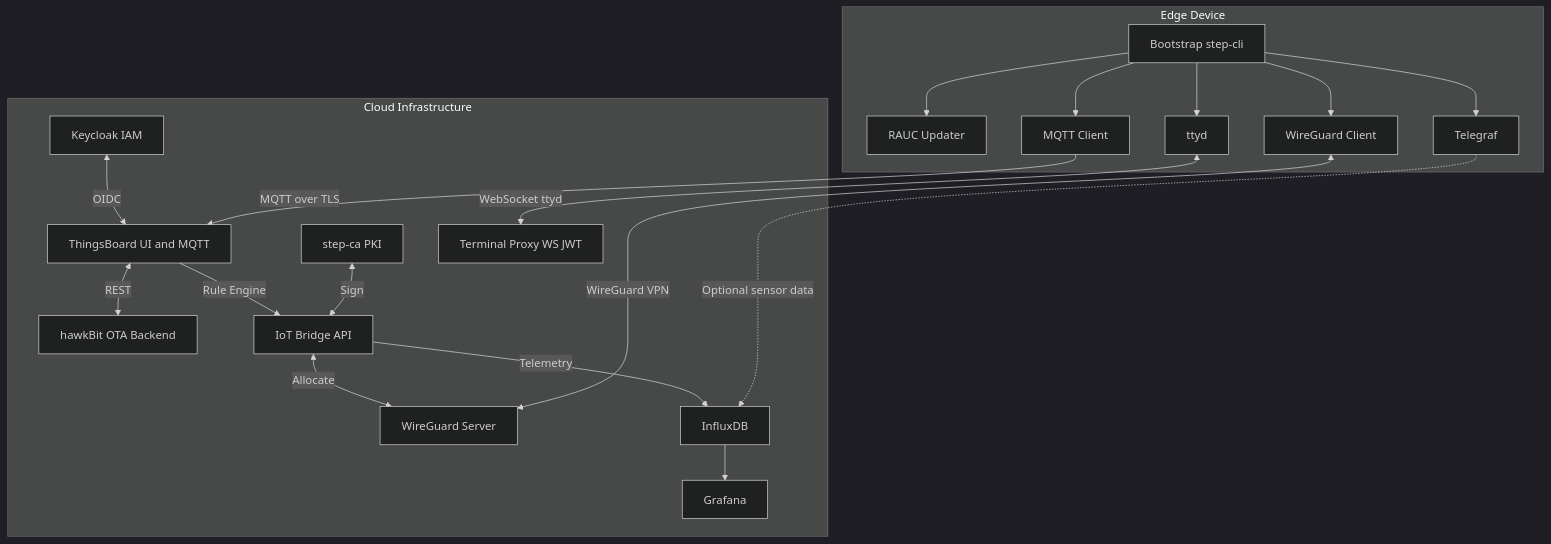
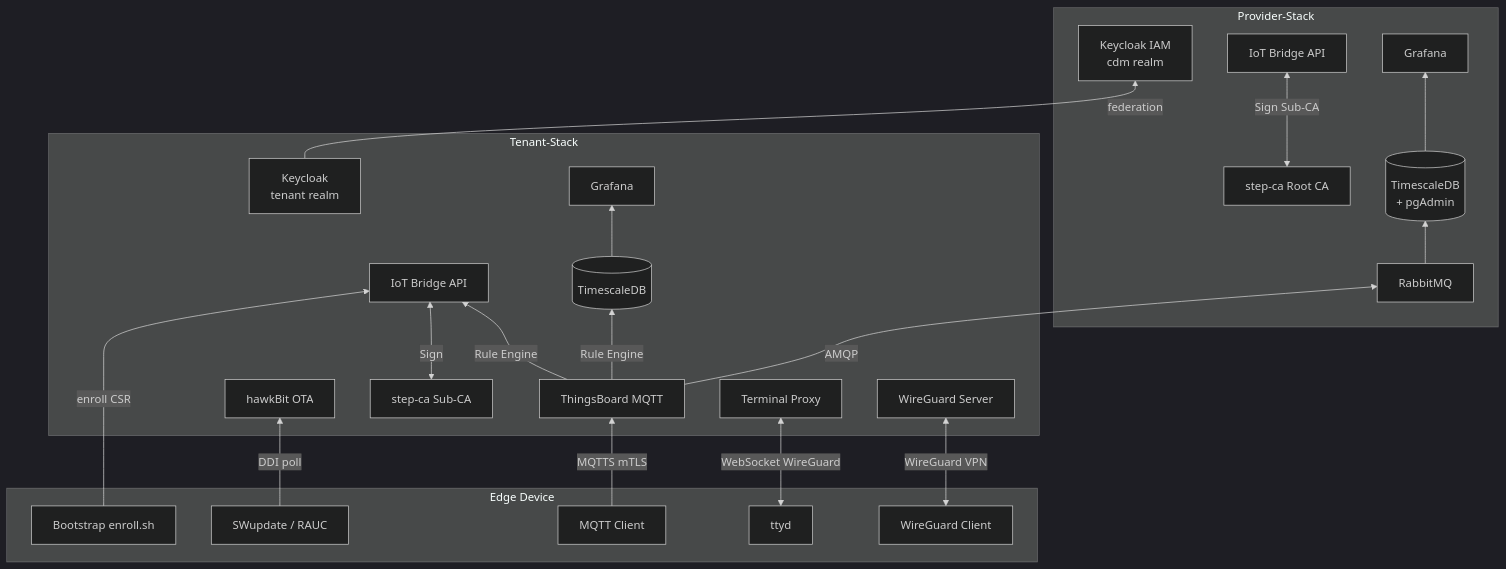
Before and after one commit to the78mole/complete-device-management: the second of 2 diagrams in README.md, drawn with Mermaid (dark theme). The commit also changed other lines of this file and 237 other files, not shown here.

Commit message:
feat: CDM platform – full stack overhaul

````diff
--- a/README.md
+++ b/README.md
@@ -29,42 +71,46 @@
 ```mermaid
-flowchart TB
-    subgraph cloud[Cloud Infrastructure]
-        KC[Keycloak IAM]
-        TB[ThingsBoard UI and MQTT]
-        HB[hawkBit OTA Backend]
-        SCA[step-ca PKI]
-        IBA[IoT Bridge API]
+flowchart BT
+    subgraph provider[Provider-Stack]
+        KC[Keycloak IAM<br>cdm realm]
+        SCA[step-ca Root CA]
+        RMQ[RabbitMQ]
+        TSDB_P[(TimescaleDB<br>+ pgAdmin)]
+        GRF_P[Grafana]
+        IBA_P[IoT Bridge API]
+
+        SCA <-->|Sign Sub-CA| IBA_P
+        RMQ --> TSDB_P --> GRF_P
+    end
+
+    subgraph tenant[Tenant-Stack]
+        KC_T[Keycloak<br>tenant realm]
+        TB[ThingsBoard MQTT]
+        HB[hawkBit OTA]
+        SCA_T[step-ca Sub-CA]
         WGS[WireGuard Server]
-        IDB[InfluxDB]
-        GRF[Grafana]
-        TXP[Terminal Proxy WS JWT]
+        TXP[Terminal Proxy]
+        TSDB_T[(TimescaleDB)]
+        GRF_T[Grafana]
 
-        KC <-->|OIDC| TB
-        TB <-->|REST| HB
-        TB -->|Rule Engine| IBA
-        SCA <-->|Sign| IBA
-        IBA <-->|Allocate| WGS
-        IBA -->|Telemetry| IDB
-        IDB --> GRF
+        KC_T -->|federation| KC
+        TB -->|Rule Engine| IBA_T[IoT Bridge API]
+        SCA_T <-->|Sign| IBA_T
+        TB -->|Rule Engine| TSDB_T
+        TB -->|AMQP| RMQ
+        TSDB_T --> GRF_T
     end
 
     subgraph edge[Edge Device]
-        BST[Bootstrap step-cli]
-        UPD[RAUC Updater]
-        TLG[Telegraf]
+        BST[Bootstrap enroll.sh]
+        UPD[SWupdate / RAUC]
         MQC[MQTT Client]
         TTD[ttyd]
         WGC[WireGuard Client]
-
-        BST --> UPD
-        BST --> TLG
-        BST --> MQC
-        BST --> TTD
-        BST --> WGC
     end
 
-    MQC -->|MQTT over TLS| TB
-    TLG -.->|Optional sensor data| IDB
-    TTD <-->|WebSocket ttyd| TXP
+    MQC -->|MQTTS mTLS| TB
+    UPD -->|DDI poll| HB
+    TTD <-->|WebSocket WireGuard| TXP
     WGC <-->|WireGuard VPN| WGS
+    BST -->|enroll CSR| IBA_T
 ```
````
